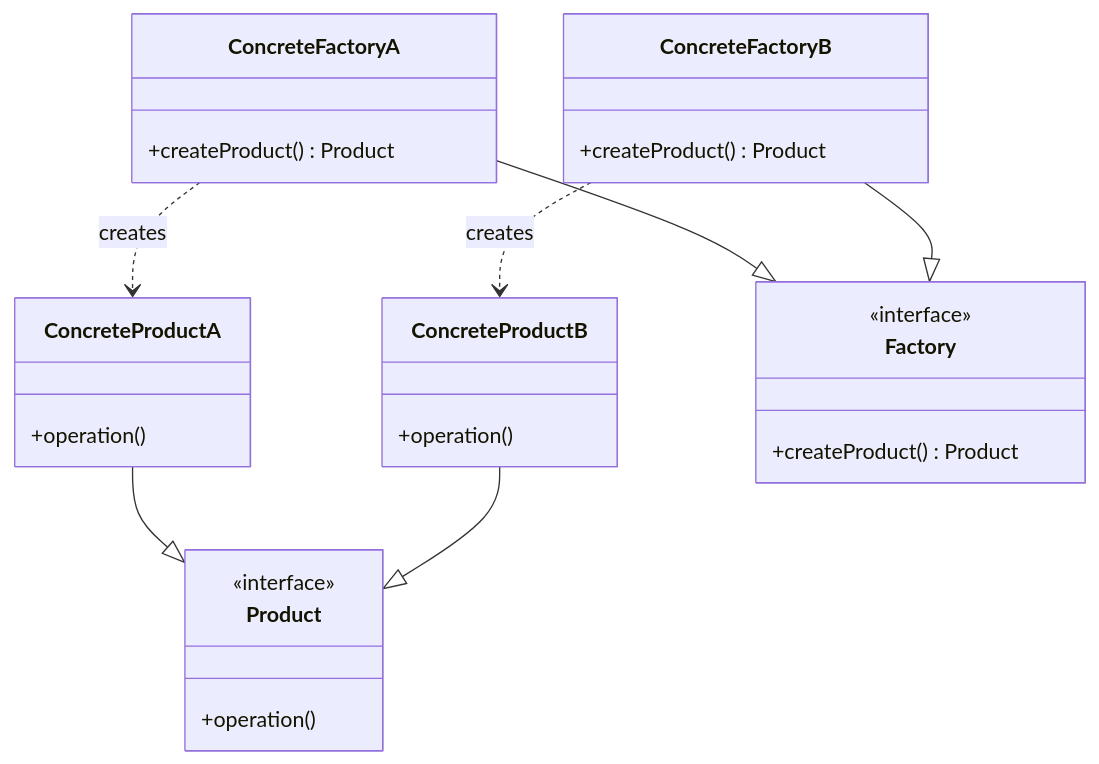
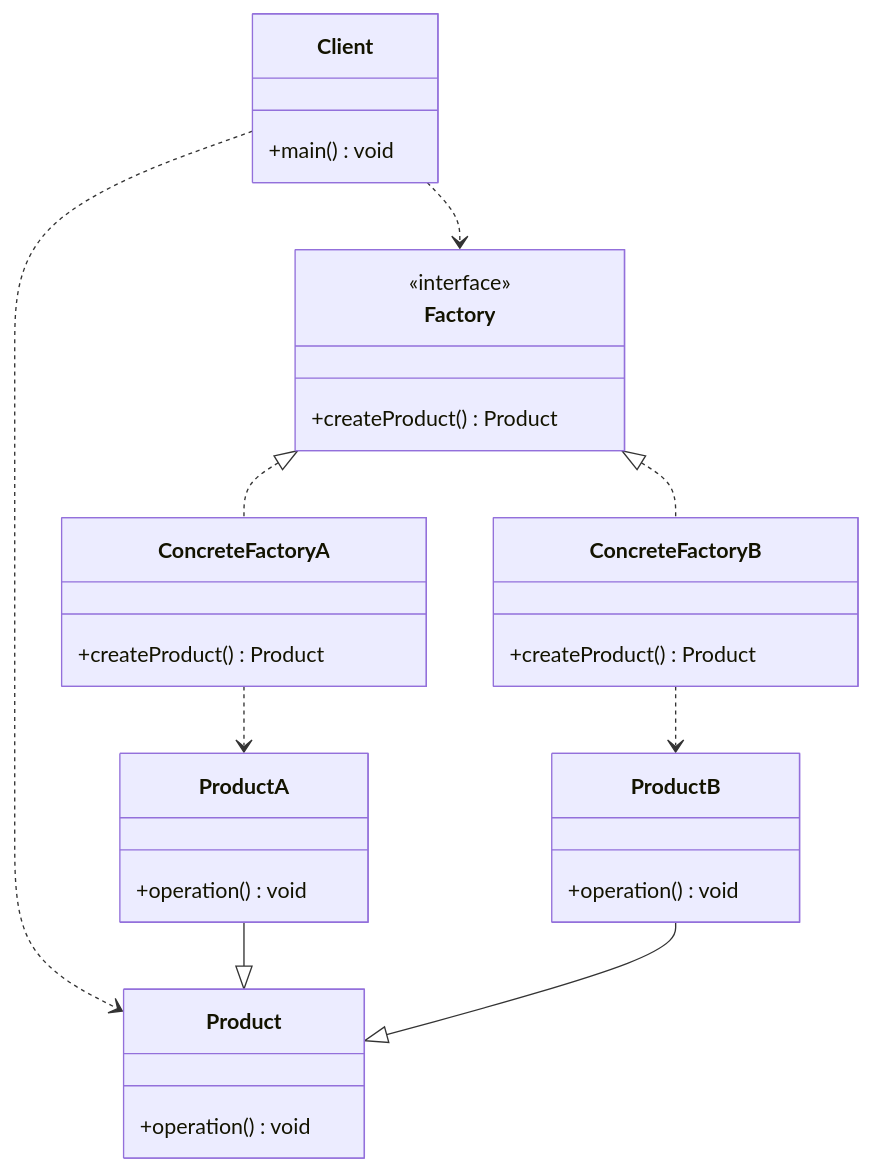
Before and after one commit to InfiniteAstral/notes: the third of 4 diagrams in 计算机科学/面向对象设计与Java编程/9 设计模式/9-3 创建型模式.md, drawn with Mermaid. The commit also changed other lines of this file and 1 other file, not shown here.

Commit message:
feat: update mermaid class diagram 计算机科学/面向对象设计与Java编程/9 设计模式/9-3 创建型模式.md

````diff
--- a/计算机科学/面向对象设计与Java编程/9 设计模式/9-3 创建型模式.md
+++ b/计算机科学/面向对象设计与Java编程/9 设计模式/9-3 创建型模式.md
@@ -249,30 +256,38 @@
 ```mermaid
 classDiagram
-    class Product {
-        <<interface>>
-        +operation()
-    }
-    class ConcreteProductA {
-        +operation()
-    }
-    class ConcreteProductB {
-        +operation()
-    }
-    class Factory {
-        <<interface>>
-        +createProduct() Product
-    }
-    class ConcreteFactoryA {
-        +createProduct() Product
-    }
-    class ConcreteFactoryB {
-        +createProduct() Product
-    }
+  direction TB
+  class Client {
+    +main() void
+  }
+  class Factory {
+    <<interface>>
+    +createProduct() Product
+  }
+  class Product {
+    +operation() void
+  }
+  class ConcreteFactoryA {
+    +createProduct() Product
+  }
+  class ConcreteFactoryB {
+    +createProduct() Product
+  }
+  class ProductA {
+    +operation() void
+  }
+  class ProductB {
+    +operation() void
+  }
 
-    ConcreteProductA --|> Product
-    ConcreteProductB --|> Product
-    ConcreteFactoryA --|> Factory
-    ConcreteFactoryB --|> Factory
-    ConcreteFactoryA ..> ConcreteProductA : creates
-    ConcreteFactoryB ..> ConcreteProductB : creates
+  Client ..> Factory
+  Client ..> Product
+
+  ConcreteFactoryA ..> ProductA
+  ConcreteFactoryB ..> ProductB
+
+  Factory <|.. ConcreteFactoryA
+  Factory <|.. ConcreteFactoryB
+
+  ProductA --|> Product
+  ProductB --|> Product
 ```
````
